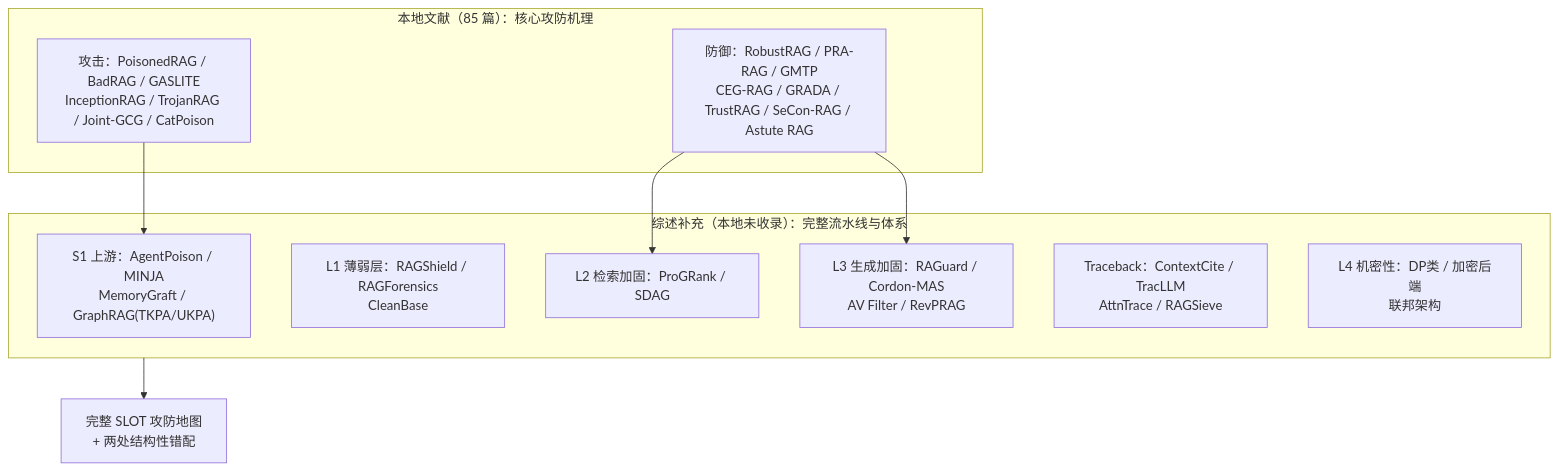
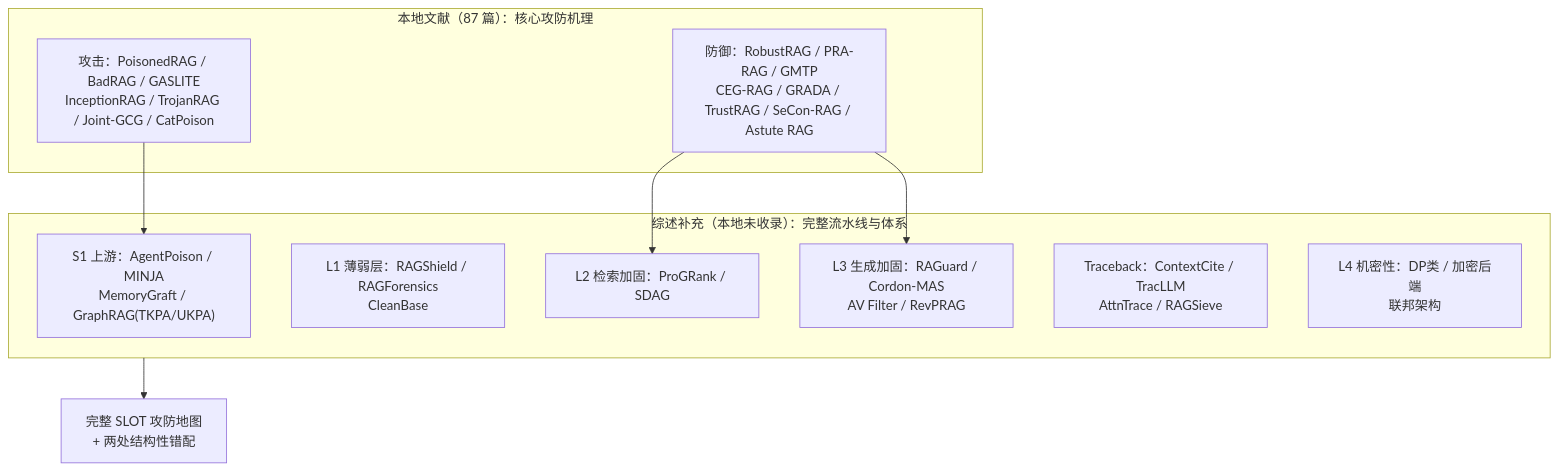
One commit to fgfgfdg8/graduate_thesis_proposal changed the third of 3 diagrams in docs/RAG安全文献攻防技术手段总结报告.md. Above: the diagram before and after it, drawn with Mermaid. The commit also changed other lines of this file and 7 other files, not shown here.

````diff
--- a/docs/RAG安全文献攻防技术手段总结报告.md
+++ b/docs/RAG安全文献攻防技术手段总结报告.md
@@ -1564,19 +1591,19 @@
 ```mermaid
 flowchart TB
-    subgraph ORIG["本地文献（85 篇）：核心攻防机理"]
+    subgraph ORIG["本地文献（87 篇）：核心攻防机理"]
         O1["攻击：PoisonedRAG / BadRAG / GASLITE<br/>InceptionRAG / TrojanRAG / Joint-GCG / CatPoison"]
         O2["防御：RobustRAG / PRA-RAG / GMTP<br/>CEG-RAG / GRADA / TrustRAG / SeCon-RAG / Astute RAG"]
     end
     subgraph NEW["综述补充（本地未收录）：完整流水线与体系"]
         N1["S1 上游：AgentPoison / MINJA<br/>MemoryGraft / GraphRAG(TKPA/UKPA)"]
         N2["L1 薄弱层：RAGShield / RAGForensics<br/>CleanBase"]
         N3["L2 检索加固：ProGRank / SDAG"]
         N4["L3 生成加固：RAGuard / Cordon-MAS<br/>AV Filter / RevPRAG"]
         N5["Traceback：ContextCite / TracLLM<br/>AttnTrace / RAGSieve"]
         N6["L4 机密性：DP类 / 加密后端<br/>联邦架构"]
     end
     O1 --> N1
     O2 --> N3
     O2 --> N4
     NEW --> C["完整 SLOT 攻防地图<br/>+ 两处结构性错配"]
 ```
````
